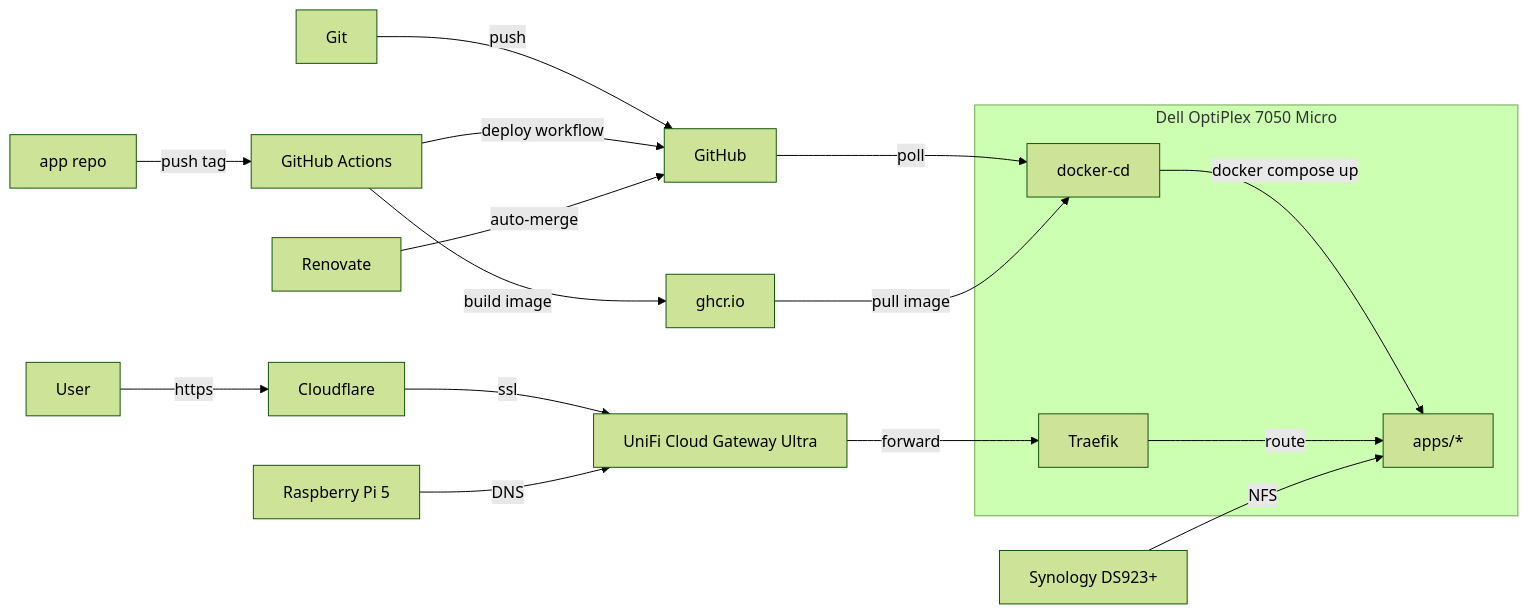
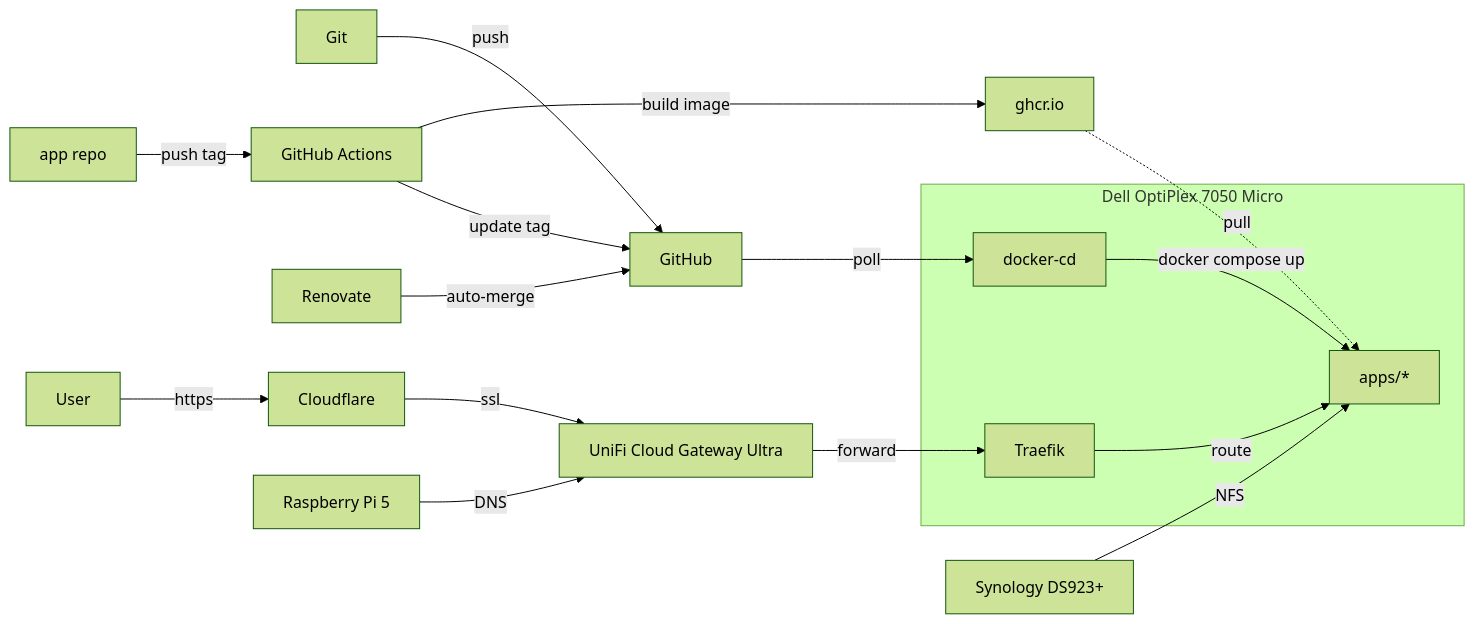
Before and after one commit to wajeht/home-ops: the diagram in README.md, drawn with Mermaid (forest theme).

Commit message:
docs: update architecture diagram to clarify image deployment

````diff
--- a/README.md
+++ b/README.md
@@ -17,16 +17,16 @@
 ```mermaid
 flowchart LR
     subgraph Dell[Dell OptiPlex 7050 Micro]
         docker-cd -->|docker compose up| Apps[apps/*]
         Traefik -->|route| Apps
     end
 
     Git -->|push| GitHub -->|poll| docker-cd
     AppRepo[app repo] -->|push tag| Actions[GitHub Actions]
-    Actions -->|build image| GHCR[ghcr.io] -->|pull image| docker-cd
-    Actions -->|deploy workflow| GitHub
+    Actions -->|build image| GHCR[ghcr.io] -.->|pull| Apps
+    Actions -->|update tag| GitHub
     Renovate -->|auto-merge| GitHub
     User -->|https| Cloudflare -->|ssl| UniFi[UniFi Cloud Gateway Ultra] -->|forward| Traefik
     NAS[Synology DS923+] -->|NFS| Apps
     Pi[Raspberry Pi 5] -->|DNS| UniFi
 ```
````
